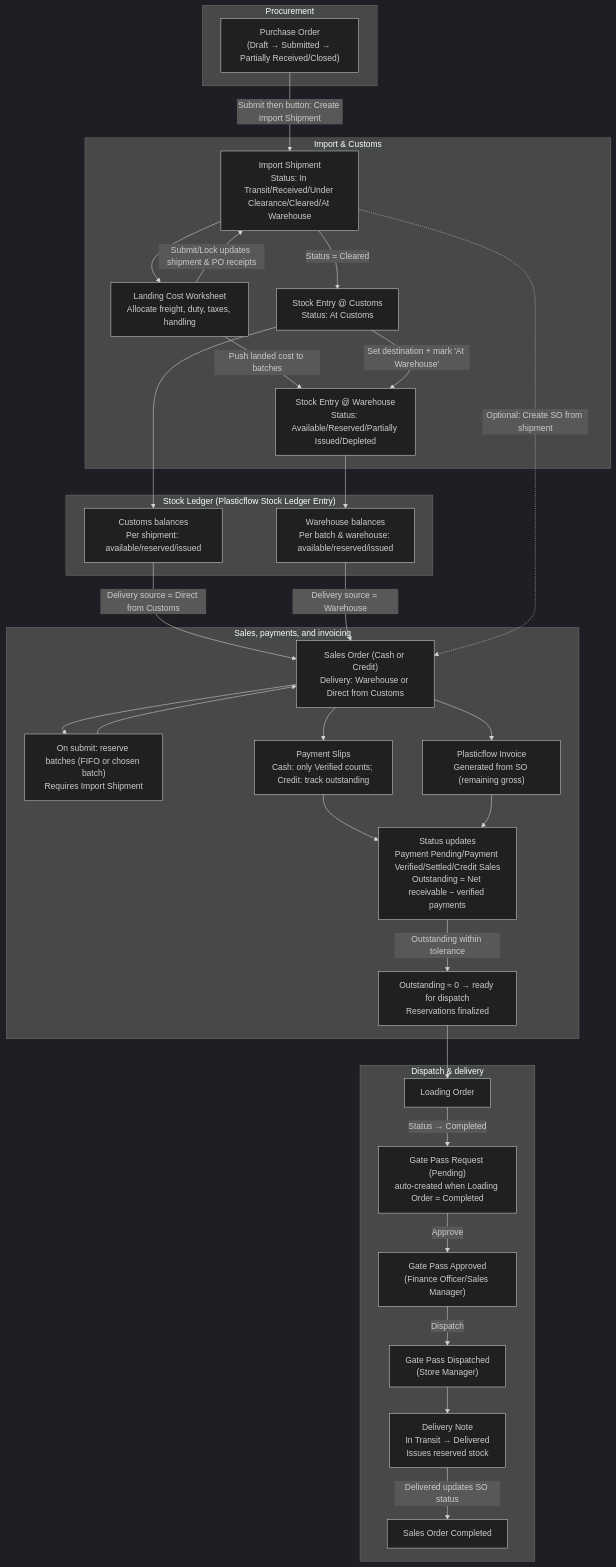
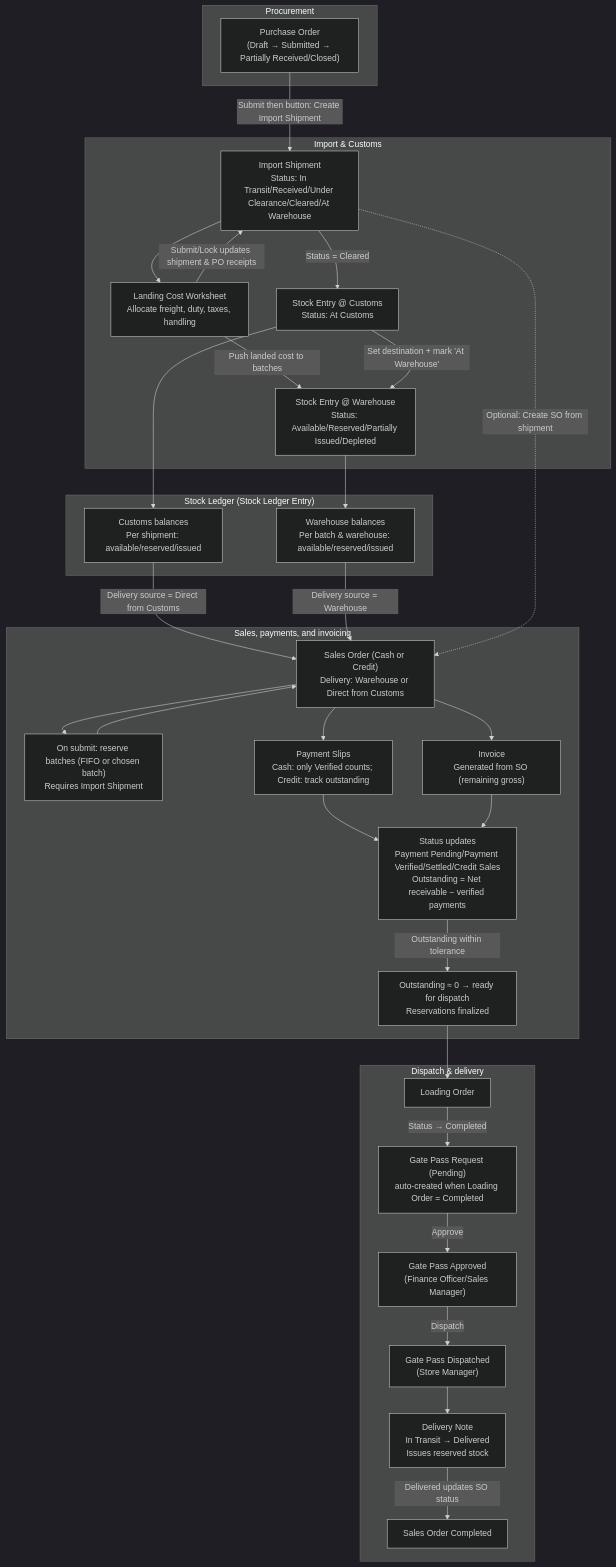
The diagram in plasticflow_workflow_flowchart.md (mez-vulero/plasticflow), drawn with Mermaid (dark theme) before and after one commit. The commit also changed 57 other files, not shown here.

````diff
--- a/plasticflow_workflow_flowchart.md
+++ b/plasticflow_workflow_flowchart.md
@@ -5,64 +5,64 @@
 ```mermaid
 flowchart TD
   subgraph Procurement
     PO["Purchase Order<br/>(Draft → Submitted → Partially Received/Closed)"]
   end
 
   subgraph Import_and_Customs["Import & Customs"]
     IS["Import Shipment<br/>Status: In Transit/Received/Under Clearance/Cleared/At Warehouse"]
     LCW["Landing Cost Worksheet<br/>Allocate freight, duty, taxes, handling"]
     SEC["Stock Entry @ Customs<br/>Status: At Customs"]
     SEW["Stock Entry @ Warehouse<br/>Status: Available/Reserved/Partially Issued/Depleted"]
   end
 
-  subgraph Ledger["Stock Ledger (Plasticflow Stock Ledger Entry)"]
+  subgraph Ledger["Stock Ledger (Stock Ledger Entry)"]
     LEDC["Customs balances<br/>Per shipment: available/reserved/issued"]
     LEDW["Warehouse balances<br/>Per batch & warehouse: available/reserved/issued"]
   end
 
   subgraph Sales_and_Payments["Sales, payments, and invoicing"]
     SO["Sales Order (Cash or Credit)<br/>Delivery: Warehouse or Direct from Customs"]
     Reserve["On submit: reserve batches (FIFO or chosen batch)<br/>Requires Import Shipment"]
     PS["Payment Slips<br/>Cash: only Verified counts; Credit: track outstanding"]
-    INV["Plasticflow Invoice<br/>Generated from SO (remaining gross)"]
+    INV["Invoice<br/>Generated from SO (remaining gross)"]
     Settle["Status updates<br/>Payment Pending/Payment Verified/Settled/Credit Sales<br/>Outstanding = Net receivable − verified payments"]
     Ready["Outstanding ≈ 0 → ready for dispatch<br/>Reservations finalized"]
   end
 
   subgraph Dispatch_and_Delivery["Dispatch & delivery"]
     LO["Loading Order"]
     GPRq["Gate Pass Request (Pending)<br/>auto-created when Loading Order = Completed"]
     GPRa["Gate Pass Approved<br/>(Finance Officer/Sales Manager)"]
     GPRd["Gate Pass Dispatched<br/>(Store Manager)"]
     DN["Delivery Note<br/>In Transit → Delivered<br/>Issues reserved stock"]
     Done["Sales Order Completed"]
   end
 
   PO -->|"Submit then button: Create Import Shipment"| IS
   IS -->|"Status = Cleared"| SEC
   IS --> LCW
   LCW -->|"Submit/Lock updates shipment & PO receipts"| IS
   LCW -->|"Push landed cost to batches"| SEW
   SEC -->|"Set destination + mark 'At Warehouse'"| SEW
   SEC --> LEDC
   SEW --> LEDW
 
   LEDC -->|"Delivery source = Direct from Customs"| SO
   LEDW -->|"Delivery source = Warehouse"| SO
   IS -. "Optional: Create SO from shipment" .-> SO
 
   SO --> Reserve
   Reserve --> SO
   SO --> PS
   SO --> INV
   PS --> Settle
   INV --> Settle
   Settle -->|"Outstanding within tolerance"| Ready
 
   Ready --> LO
   LO -->|"Status → Completed"| GPRq
   GPRq -->|"Approve"| GPRa
   GPRa -->|"Dispatch"| GPRd
   GPRd --> DN
   DN -->|"Delivered updates SO status"| Done
 ```
````
